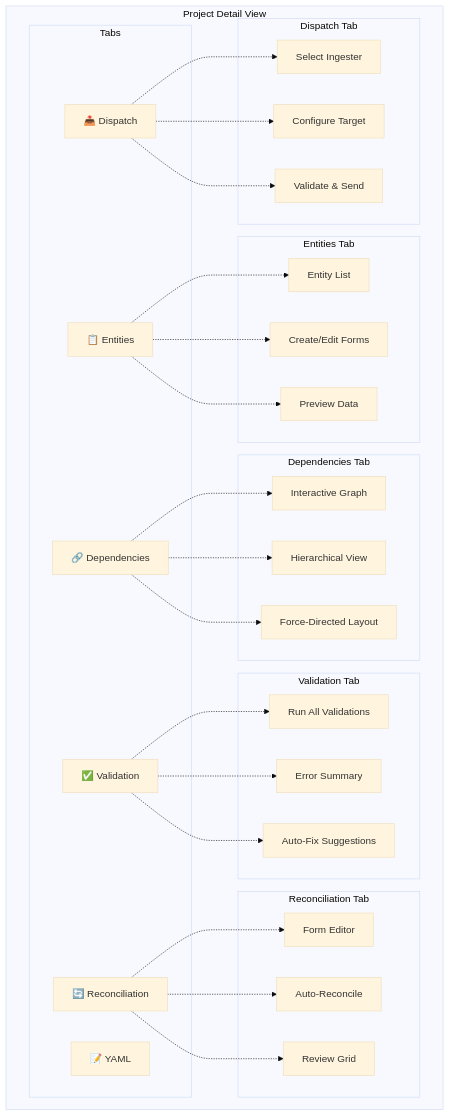
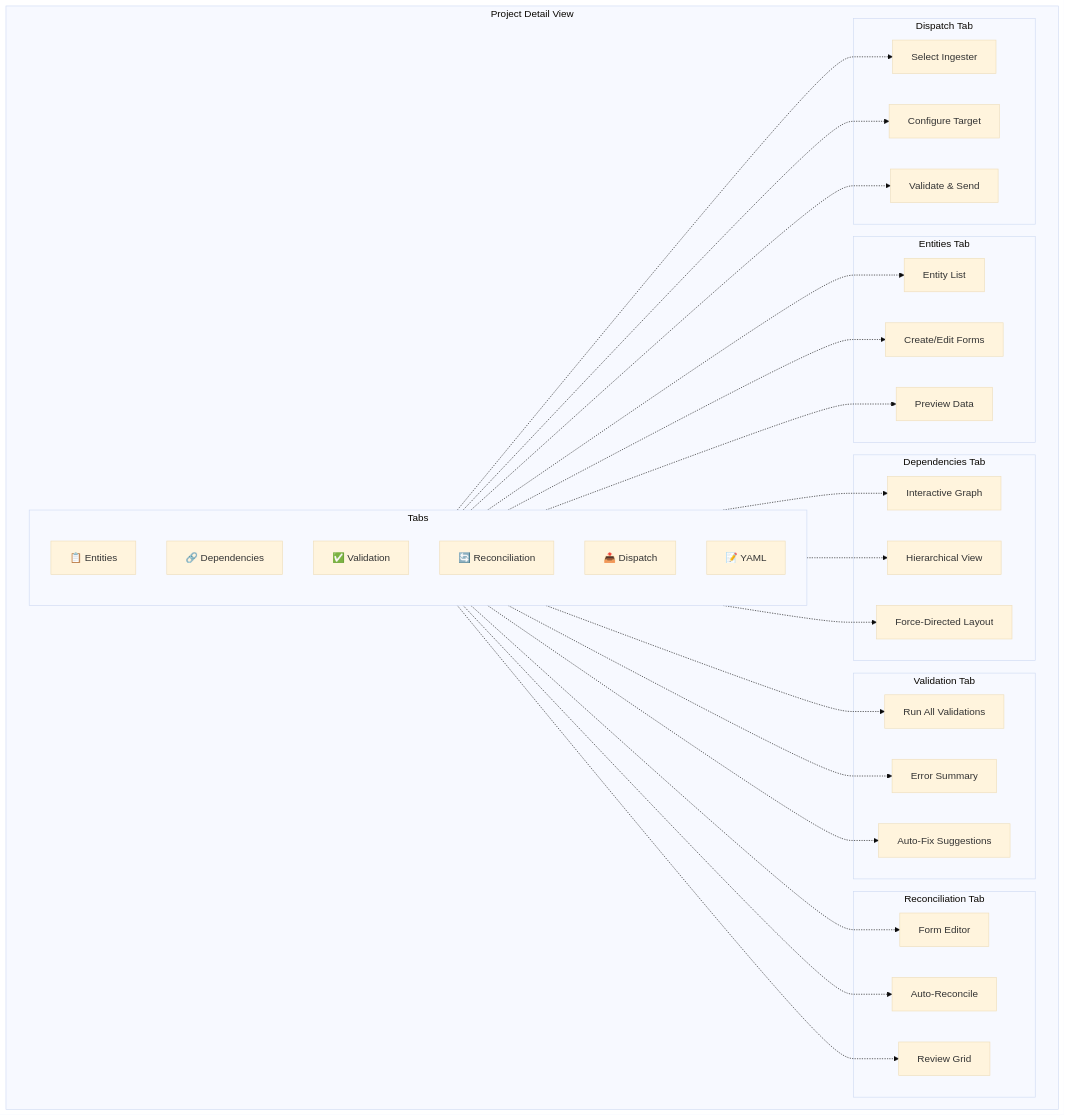
One commit to humlab-sead/sead_shape_shifter changed the fifth of 15 diagrams in docs/SYSTEM_DIAGRAMS.md. Above: the diagram before and after it, drawn with Mermaid (base theme). The commit also changed other lines of this file and 6 other files, not shown here.

First line of the commit message:
feat: enhance system diagrams and improve UI/UX in project editor

````diff
--- a/docs/SYSTEM_DIAGRAMS.md
+++ b/docs/SYSTEM_DIAGRAMS.md
@@ -222,51 +236,52 @@
 ```mermaid
 flowchart TB
     subgraph "Project Detail View"
         direction LR
         
         subgraph "Tabs"
+            direction TB
             T1[📋 Entities]
             T2[🔗 Dependencies]
             T3[✅ Validation]
             T4[🔄 Reconciliation]
             T5[📤 Dispatch]
             T6[📝 YAML]
         end
         
         subgraph "Entities Tab"
             E1[Entity List]
             E2[Create/Edit Forms]
             E3[Preview Data]
         end
         
         subgraph "Dependencies Tab"
             D1[Interactive Graph]
             D2[Hierarchical View]
             D3[Force-Directed Layout]
         end
         
         subgraph "Validation Tab"
             V1[Run All Validations]
             V2[Error Summary]
             V3[Auto-Fix Suggestions]
         end
         
         subgraph "Reconciliation Tab"
             R1[Form Editor]
             R2[Auto-Reconcile]
             R3[Review Grid]
         end
         
         subgraph "Dispatch Tab"
             DI1[Select Ingester]
             DI2[Configure Target]
             DI3[Validate & Send]
         end
         
         T1 -.-> E1 & E2 & E3
         T2 -.-> D1 & D2 & D3
         T3 -.-> V1 & V2 & V3
         T4 -.-> R1 & R2 & R3
         T5 -.-> DI1 & DI2 & DI3
     end
 ```
````
